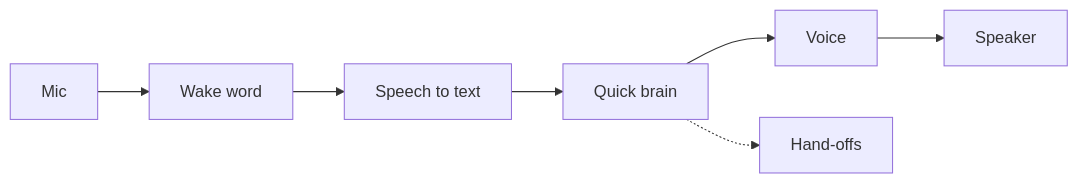
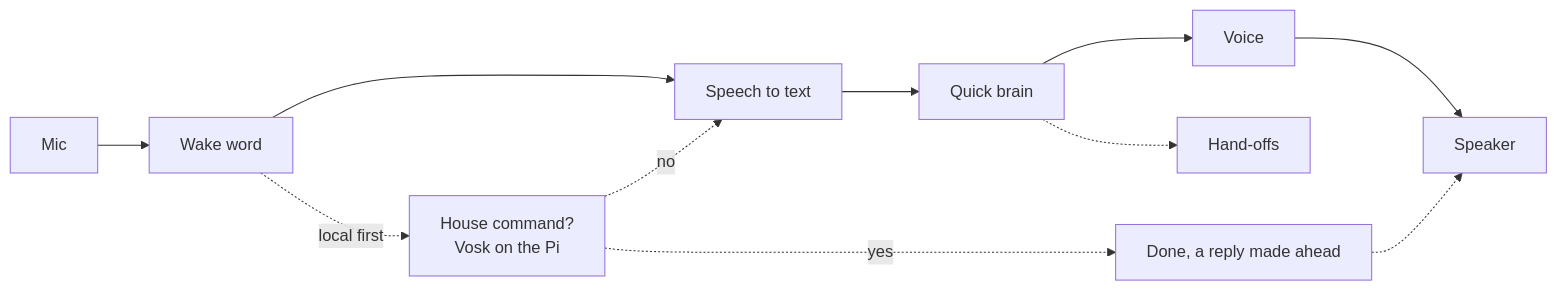
Before and after one commit to alon-pilosoph/tars: the first of 2 diagrams in README.md, drawn with Mermaid. The commit also changed other lines of this file and 13 other files, not shown here.

First line of the commit message:
Local first: nothing goes to the cloud until Vosk has heard the whole request and found it isn't a house command (#118)

````diff
--- a/README.md
+++ b/README.md
@@ -53,5 +53,7 @@
 ```mermaid
 flowchart LR
     mic[Mic] --> wake[Wake word] --> stt[Speech to text] --> brain[Quick brain] --> voice[Voice] --> spk[Speaker]
     brain -.-> handoff[Hand-offs]
+    wake -.->|local first| vosk[House command?<br/>Vosk on the Pi] -.->|no| stt
+    vosk -.->|yes| house[Done, a reply made ahead] -.-> spk
 ```
````
